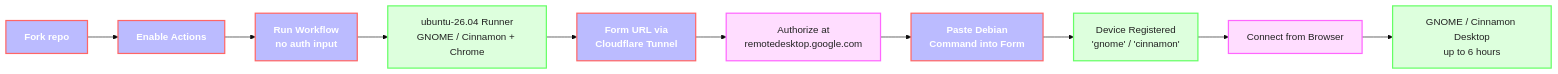
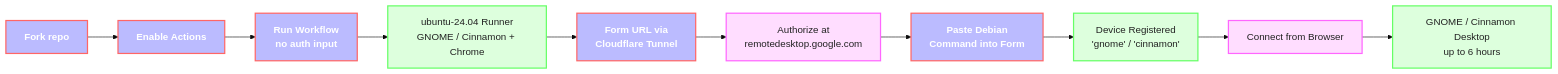
The diagram in README.en.md (ArchDityaa/gnome-crd), drawn with Mermaid (base theme) before and after one commit. The commit also changed other lines of this file and 6 other files, not shown here.

````diff
--- a/README.en.md
+++ b/README.en.md
@@ -47,17 +47,17 @@
 ```mermaid
 flowchart LR
     classDef action fill:#bbf,stroke:#f66,stroke-width:2px,color:#fff,font-weight:bold;
     classDef desktop fill:#dfd,stroke:#6f6,stroke-width:2px,color:#222;
     classDef access fill:#fdf,stroke:#f6f,stroke-width:2px,color:#222;
 
     A[Fork repo]:::action
     A --> B[Enable Actions]:::action
     B --> C[Run Workflow<br/>no auth input]:::action
-    C --> D[ubuntu-26.04 Runner<br/>GNOME / Cinnamon + Chrome]:::desktop
+    C --> D[ubuntu-24.04 Runner<br/>GNOME / Cinnamon + Chrome]:::desktop
     D --> E[Form URL via<br/>Cloudflare Tunnel]:::action
     E --> F[Authorize at<br/>remotedesktop.google.com]:::access
     F --> G[Paste Debian<br/>Command into Form]:::action
     G --> H[Device Registered<br/>'gnome' / 'cinnamon']:::desktop
     H --> I[Connect from Browser]:::access
     I --> J[GNOME / Cinnamon Desktop<br/>up to 6 hours]:::desktop
 ```
````
